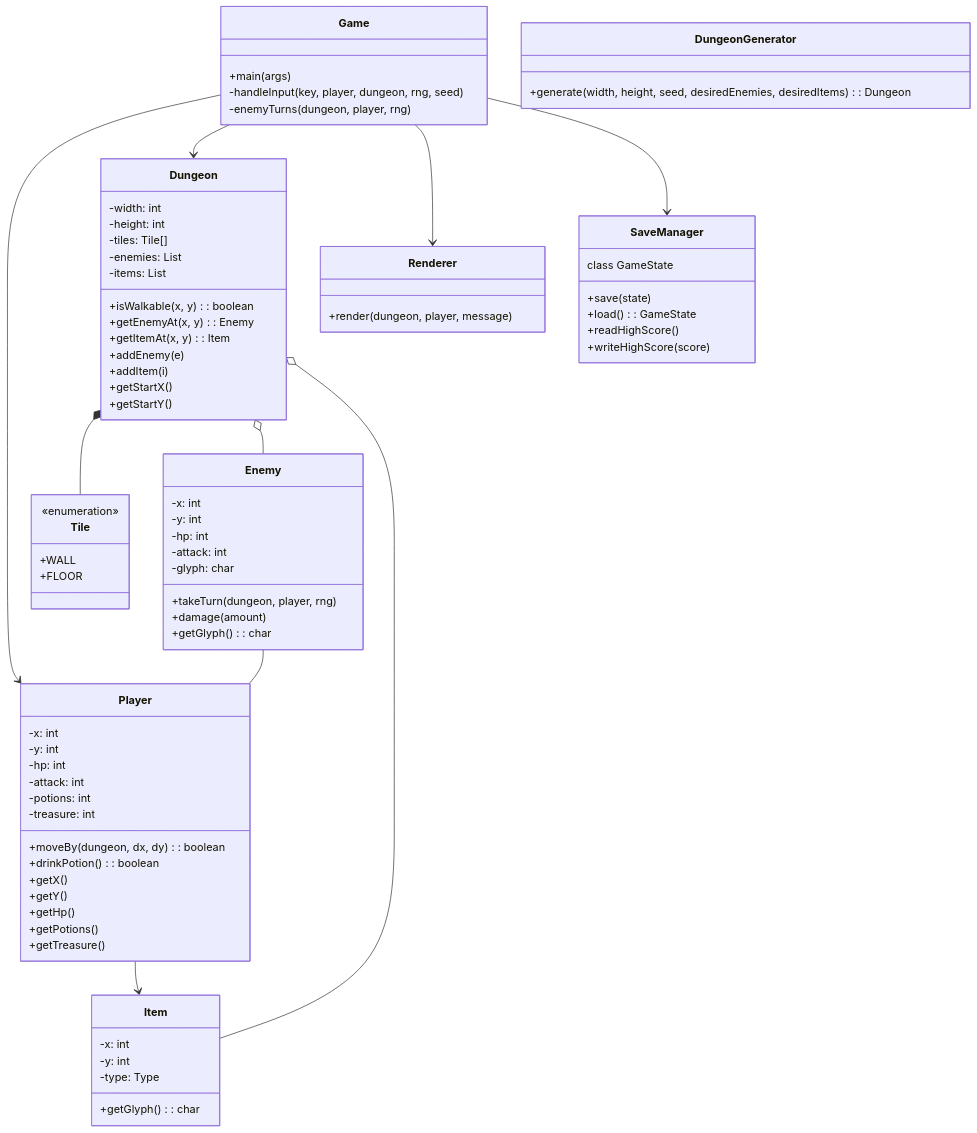
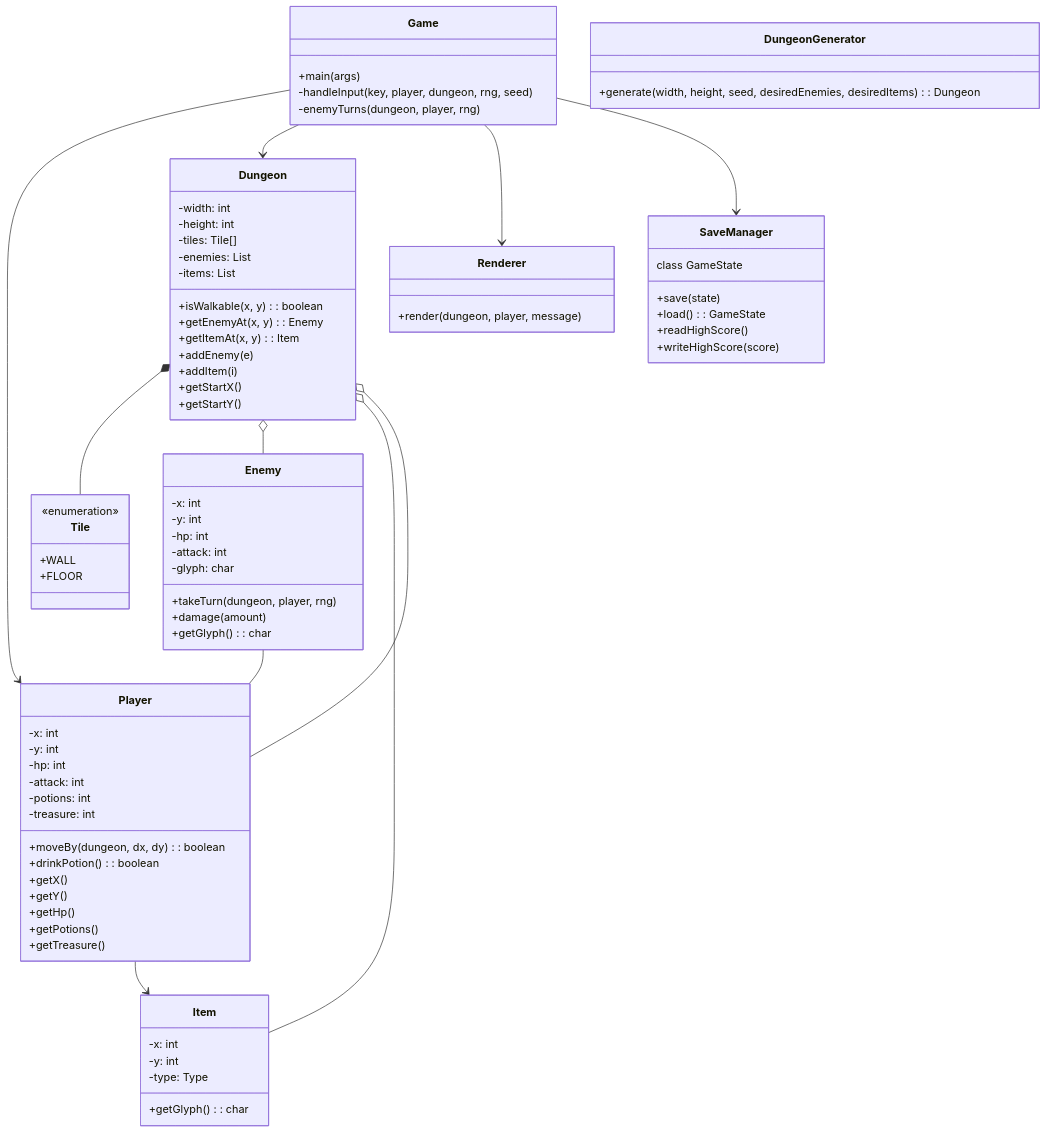
Before and after one commit to ElanReizas/AdventureCrawler: the diagram in README.md, drawn with Mermaid.

Commit message:
Add relationship between Dungeon and Player

````diff
--- a/README.md
+++ b/README.md
@@ -52,81 +52,82 @@
 ```mermaid
 classDiagram
     class Game {
         +main(args)
         -handleInput(key, player, dungeon, rng, seed)
         -enemyTurns(dungeon, player, rng)
     }
     class Player {
         -x: int
         -y: int
         -hp: int
         -attack: int
         -potions: int
         -treasure: int
         +moveBy(dungeon, dx, dy): boolean
         +drinkPotion(): boolean
         +getX()
         +getY()
         +getHp()
         +getPotions()
         +getTreasure()
     }
     class Dungeon {
         -width: int
         -height: int
         -tiles: Tile[]
         -enemies: List<Enemy>
         -items: List<Item>
         +isWalkable(x, y): boolean
         +getEnemyAt(x, y): Enemy
         +getItemAt(x, y): Item
         +addEnemy(e)
         +addItem(i)
         +getStartX()
         +getStartY()
     }
     class DungeonGenerator {
         +generate(width, height, seed, desiredEnemies, desiredItems): Dungeon
     }
     class Enemy {
         -x: int
         -y: int
         -hp: int
         -attack: int
         -glyph: char
         +takeTurn(dungeon, player, rng)
         +damage(amount)
         +getGlyph(): char
     }
     class Item {
         -x: int
         -y: int
         -type: Type
         +getGlyph(): char
     }
     class Tile {
         <<enumeration>>
         +WALL
         +FLOOR
     }
     class Renderer {
         +render(dungeon, player, message)
     }
     class SaveManager {
         +save(state)
         +load(): GameState
         +readHighScore()
         +writeHighScore(score)
         class GameState
     }
 
     Game --> Player
     Game --> Dungeon
     Game --> Renderer
     Game --> SaveManager
     Dungeon *-- Tile
     Dungeon o-- Enemy
     Dungeon o-- Item
     Player --> Item
     Enemy -- Player
+    Dungeon o-- Player
 ```
````
